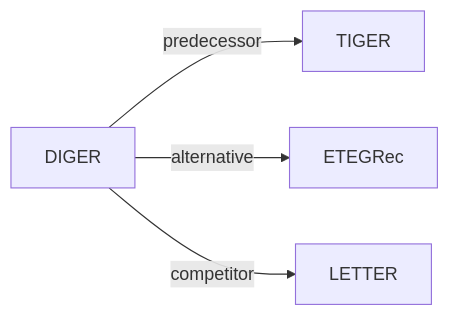
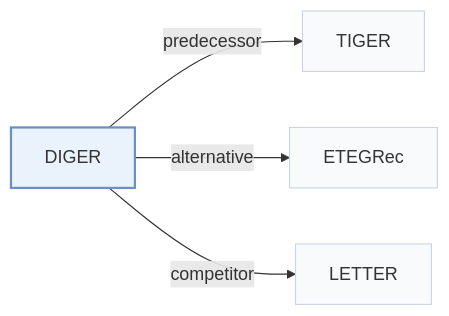
The second of 2 diagrams in pages/papers/diger.md (Galaxy-ghost/Awesome-SID-Generative-Rec), drawn with Mermaid before and after one commit. The commit also changed other lines of this file and 649 other files, not shown here.

Commit message:
writer-05: also tags and modality index (schema, check, build, visuals); summary field removed; calibration data for 12 papers

````diff
--- a/pages/papers/diger.md
+++ b/pages/papers/diger.md
@@ -67,7 +76,11 @@
 ```mermaid
 flowchart LR
     P["DIGER"]
-    P -->|predecessor| A["TIGER"]
-    P -->|alternative| B["ETEGRec"]
-    P -->|competitor| C["LETTER"]
+    P -->|"predecessor"| A["TIGER"]
+    P -->|"alternative"| B["ETEGRec"]
+    P -->|"competitor"| C["LETTER"]
+    classDef main fill:#eaf2fb,stroke:#6b8fc7,stroke-width:2px
+    classDef peer fill:#f8fafc,stroke:#cbd5e1
+    class P main
+    class A,B,C peer
 ```
````
